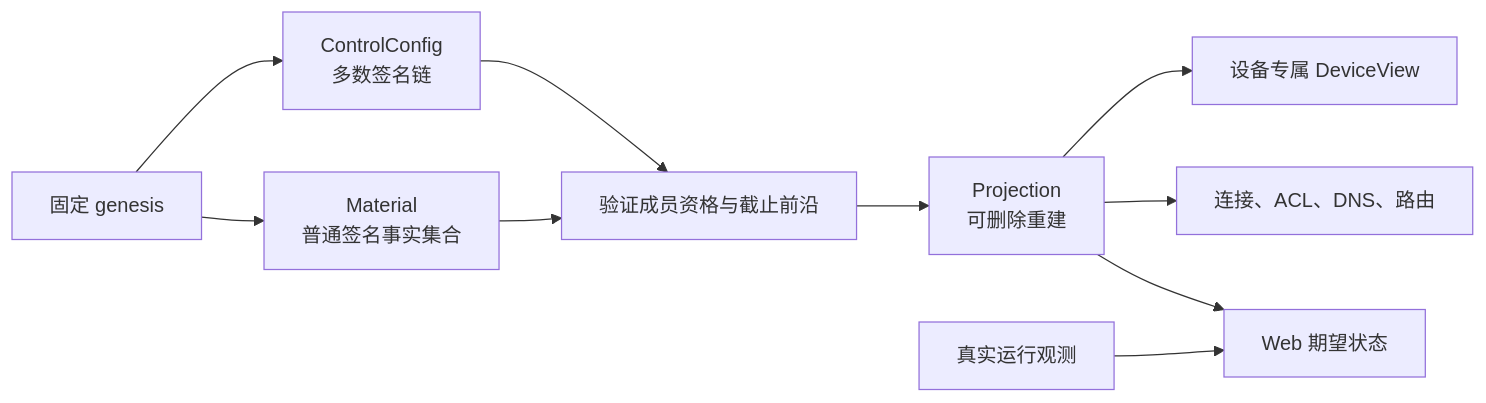
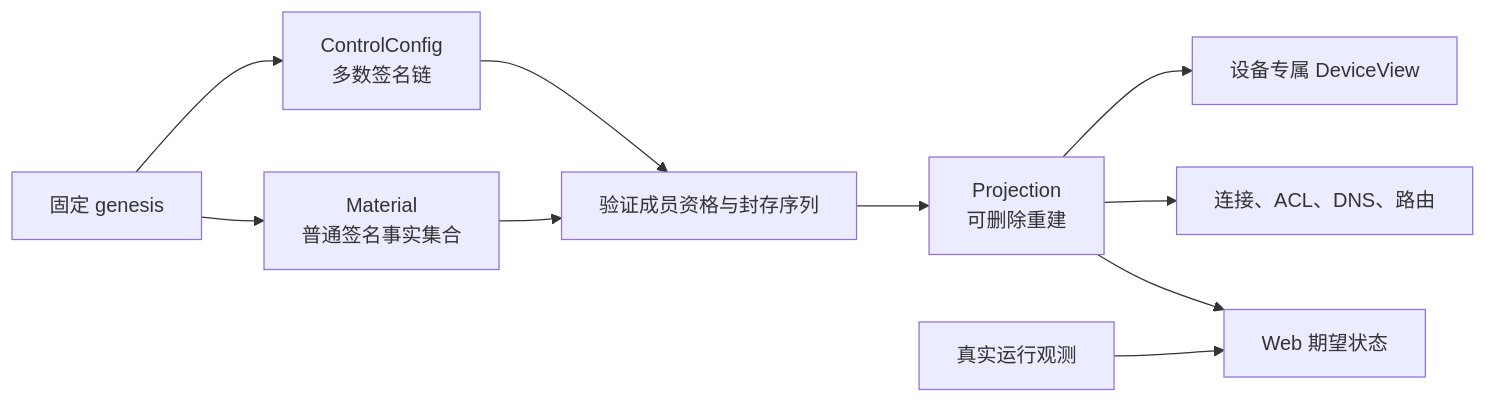
The first of 7 diagrams in docs/core/control-model.md (Scisaga/loom), drawn with Mermaid before and after one commit. The commit also changed other lines of this file and 8 other files, not shown here.

````diff
--- a/docs/core/control-model.md
+++ b/docs/core/control-model.md
@@ -48,12 +136,12 @@
 ```mermaid
 flowchart LR
     G["固定 genesis"] --> C["ControlConfig<br/>多数签名链"]
     G --> M["Material<br/>普通签名事实集合"]
-    C --> V["验证成员资格与截止前沿"]
+    C --> V["验证成员资格与封存序列"]
     M --> V
     V --> P["Projection<br/>可删除重建"]
     P --> D["设备专属 DeviceView"]
     P --> R["连接、ACL、DNS、路由"]
     P --> W["Web 期望状态"]
     O["真实运行观测"] --> W
 ```
````
